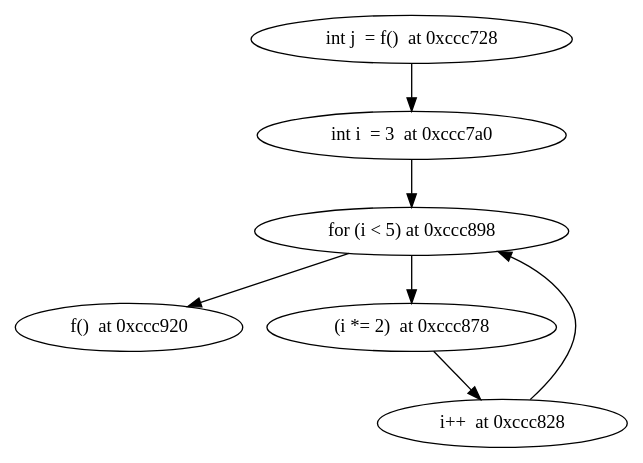
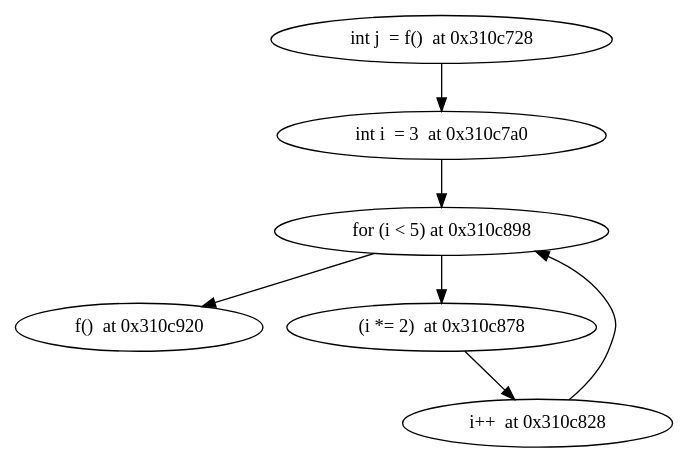
The diagram in ModelChecker/unitary_tests/for/test.dot (jxw1102/Projet-merou), drawn with Graphviz before and after one commit. The commit also changed 21 other files, not shown here.

```diff
--- a/ModelChecker/unitary_tests/for/test.dot
+++ b/ModelChecker/unitary_tests/for/test.dot
@@ -1,8 +1,8 @@
 digraph {
-"int j  = f()  at 0xccc728 " -> "int i  = 3  at 0xccc7a0 "
-"int i  = 3  at 0xccc7a0 " -> "for (i < 5) at 0xccc898 "
-"for (i < 5) at 0xccc898 " -> "f()  at 0xccc920 "
-"for (i < 5) at 0xccc898 " -> "(i *= 2)  at 0xccc878 "
-"(i *= 2)  at 0xccc878 " -> "i++  at 0xccc828 "
-"i++  at 0xccc828 " -> "for (i < 5) at 0xccc898 "
+"int j  = f()  at 0x310c728 " -> "int i  = 3  at 0x310c7a0 "
+"int i  = 3  at 0x310c7a0 " -> "for (i < 5) at 0x310c898 "
+"for (i < 5) at 0x310c898 " -> "f()  at 0x310c920 "
+"for (i < 5) at 0x310c898 " -> "(i *= 2)  at 0x310c878 "
+"(i *= 2)  at 0x310c878 " -> "i++  at 0x310c828 "
+"i++  at 0x310c828 " -> "for (i < 5) at 0x310c898 "
 }
```
